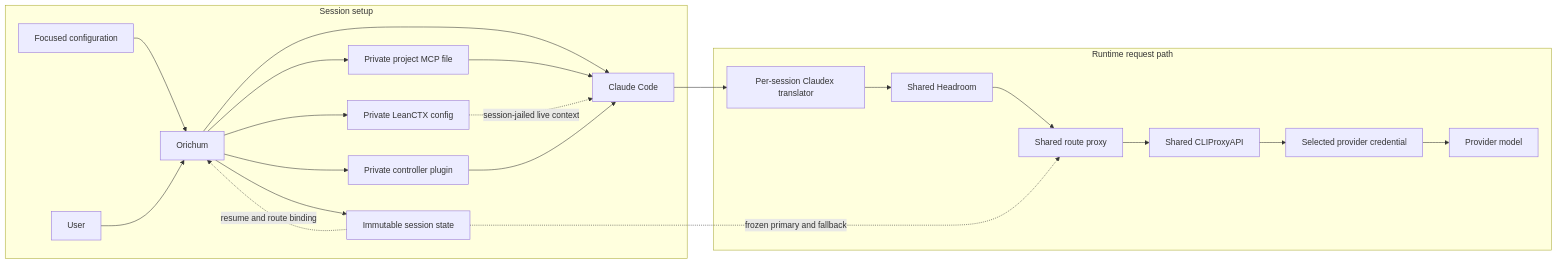
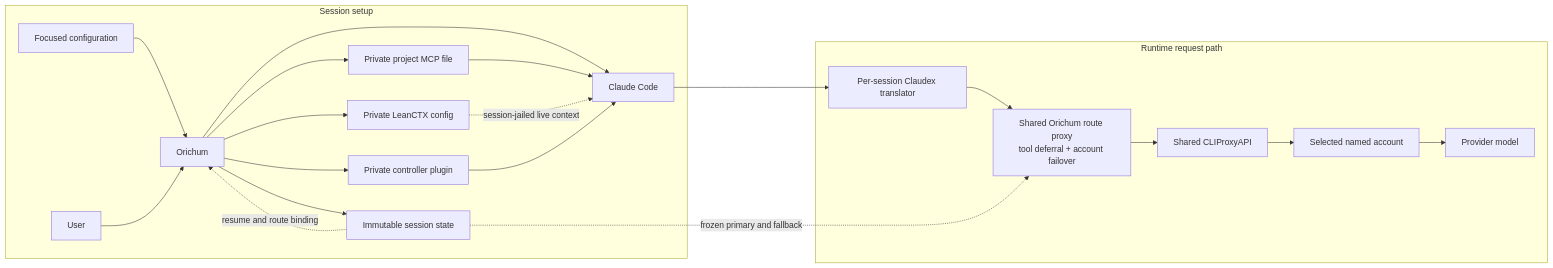
The first of 3 diagrams in docs/architecture.md (orichum/claudex-workflow), drawn with Mermaid before and after one commit. The commit also changed other lines of this file and 7 other files, not shown here.

````diff
--- a/docs/architecture.md
+++ b/docs/architecture.md
@@ -5,27 +5,26 @@
 ```mermaid
 flowchart LR
     subgraph Launch["Session setup"]
         CFG["Focused configuration"] --> O["Orichum"]
         U["User"] --> O
         O --> STATE["Immutable session state"]
         O --> MCP["Private project MCP file"]
         O --> LCFG["Private LeanCTX config"]
         O --> PLUGIN["Private controller plugin"]
         O --> C["Claude Code"]
 
         MCP --> C
         LCFG -. "session-jailed live context" .-> C
         PLUGIN --> C
         STATE -. "resume and route binding" .-> O
     end
 
     subgraph Runtime["Runtime request path"]
         C --> X["Per-session Claudex translator"]
-        X --> H["Shared Headroom"]
-        H --> R["Shared route proxy"]
+        X --> R["Shared Orichum route proxy\ntool deferral + account failover"]
         STATE -. "frozen primary and fallback" .-> R
         R --> P["Shared CLIProxyAPI"]
-        P --> A["Selected provider credential"]
+        P --> A["Selected named account"]
         A --> M["Provider model"]
     end
 ```
````
